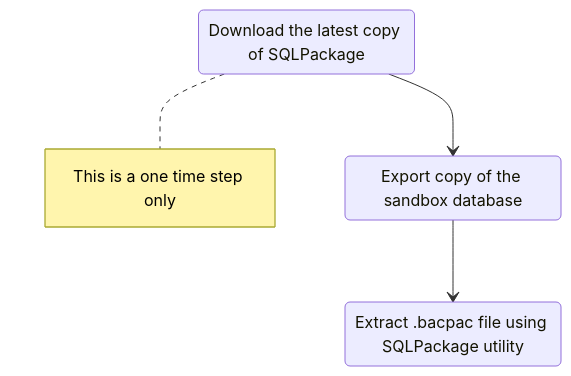
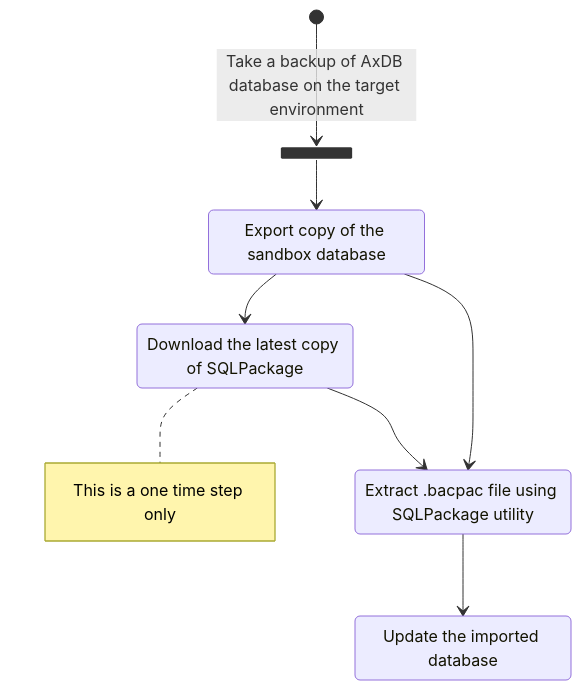
One commit to shakirshabbir/D365FinOps changed the diagram in Database movement/Tier 2 to Tier 1/README.md. Above: the diagram before and after it, drawn with Mermaid. The commit also changed other lines of this file, not shown here.

````diff
--- a/Database movement/Tier 2 to Tier 1/README.md
+++ b/Database movement/Tier 2 to Tier 1/README.md
@@ -4,12 +4,18 @@
 ```mermaid
 stateDiagram-v2
-  s1: Download the latest copy of SQLPackage
-  s2: Export copy of the sandbox database
+  s1: Export copy of the sandbox database
+  s2: Download the latest copy of SQLPackage
   s3: Extract .bacpac file using SQLPackage utility
-  note right of s1
+  note right of s2
     This is a one time step only
   end note
+  s4: Update the imported database
 
-  s1 --> s2
-  s2 --> s3
+  state fork_state <<fork>>
+    [*] --> fork_state : Take a backup of AxDB database on the target environment
+    fork_state --> s1
+    s1 --> s2
+    s1 --> s3
+    s2 --> s3
+    s3 --> s4
 ```
````
